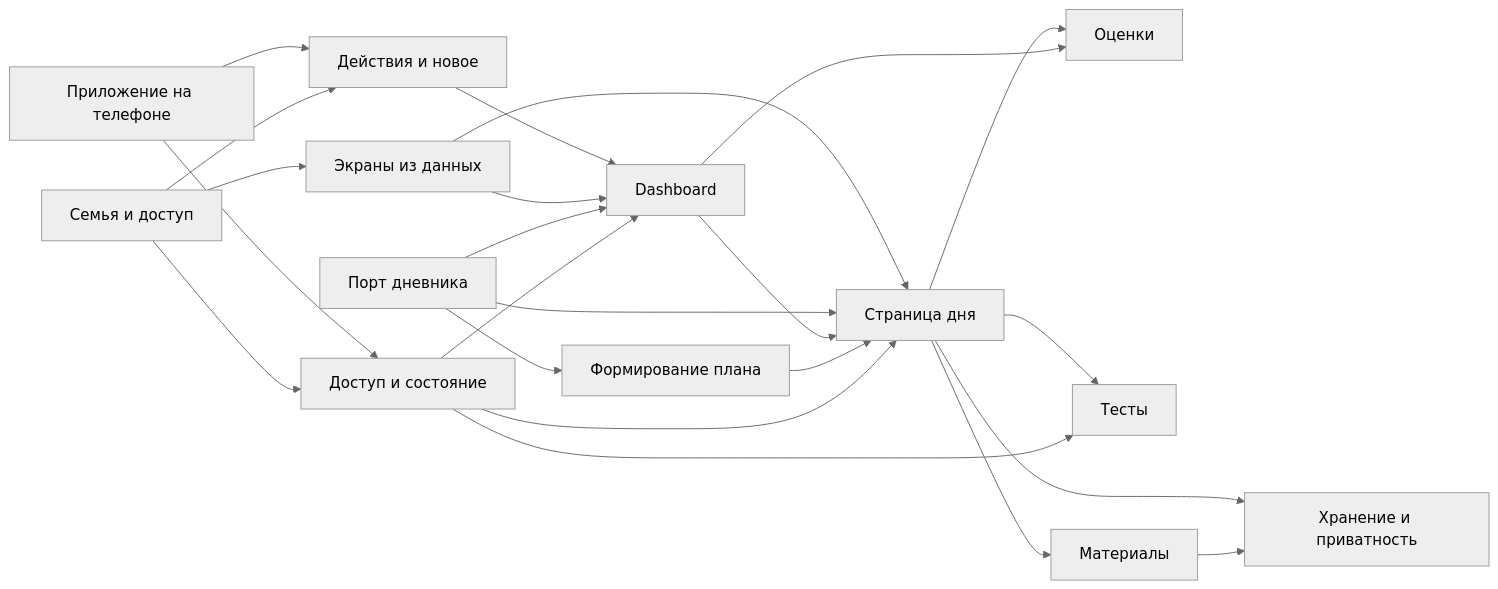
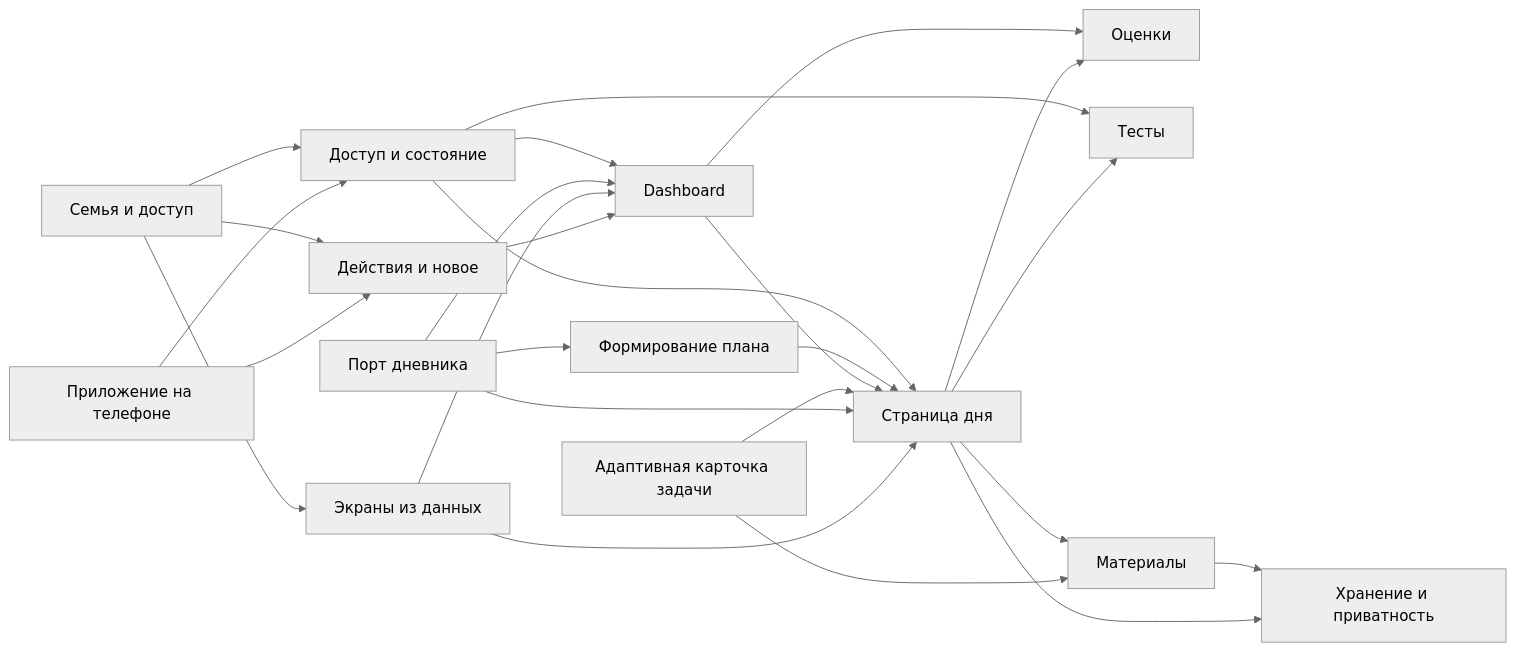
The diagram in docs/product/README.md (RubaXa/education-quizzes), drawn with Mermaid (neutral theme) before and after one commit. The commit also changed other lines of this file and 16 other files, not shown here.

````diff
--- a/docs/product/README.md
+++ b/docs/product/README.md
@@ -5,25 +5,27 @@
 ```mermaid
 flowchart LR
   Access[Доступ и состояние] --> Day[Страница дня]
   Plan[Формирование плана] --> Day
   Diary[Порт дневника] --> Plan
   Access --> Dashboard[Dashboard]
   Dashboard --> Day
   Dashboard --> Grades[Оценки]
   Access --> Quiz[Тесты]
   Day --> Quiz
   Day --> Materials[Материалы]
   Day --> Grades[Оценки]
   Materials --> Storage[Хранение и приватность]
   Day --> Storage
+  Adaptive[Адаптивная карточка задачи] --> Day
+  Adaptive --> Materials
   Diary[Порт дневника] --> Day
   Diary --> Dashboard
   Family[Семья и доступ] --> Access
   Family --> UI[Экраны из данных]
   Family --> Activity[Действия и новое]
   UI --> Dashboard
   UI --> Day
   Activity --> Dashboard
   PWA[Приложение на телефоне] --> Access
   PWA --> Activity
 ```
````
